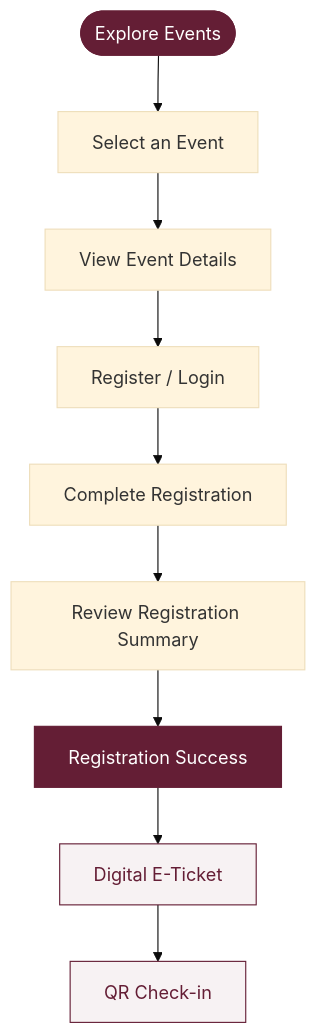
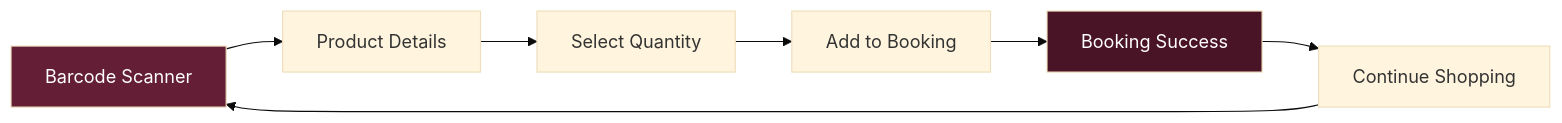
Before and after one commit to sirajfatwasidqy/Event-Booking: the second of 2 diagrams in README.md, drawn with Mermaid (base theme). The commit also changed other lines of this file, not shown here.

````diff
--- a/README.md
+++ b/README.md
@@ -117,16 +150,11 @@
 ```mermaid
-flowchart TD
-    A([Explore Events]) --> B[Select an Event]
-    B --> C[View Event Details]
-    C --> D[Register / Login]
-    D --> E[Complete Registration]
-    E --> F[Review Registration Summary]
-    F --> G[Registration Success]
-    G --> H[Digital E-Ticket]
-    H --> I[QR Check-in]
-
-    style A fill:#641E35,color:#fff,stroke:#641E35
-    style G fill:#641E35,color:#fff,stroke:#641E35
-    style H fill:#F7F2F3,color:#641E35,stroke:#641E35
-    style I fill:#F7F2F3,color:#641E35,stroke:#641E35
+flowchart LR
+    A[Barcode Scanner] --> B[Product Details]
+    B --> C[Select Quantity]
+    C --> D[Add to Booking]
+    D --> E[Booking Success]
+    E --> F[Continue Shopping]
+    F --> A
+    style A fill:#641E35,color:#fff
+    style E fill:#4A1427,color:#fff
 ```
````
